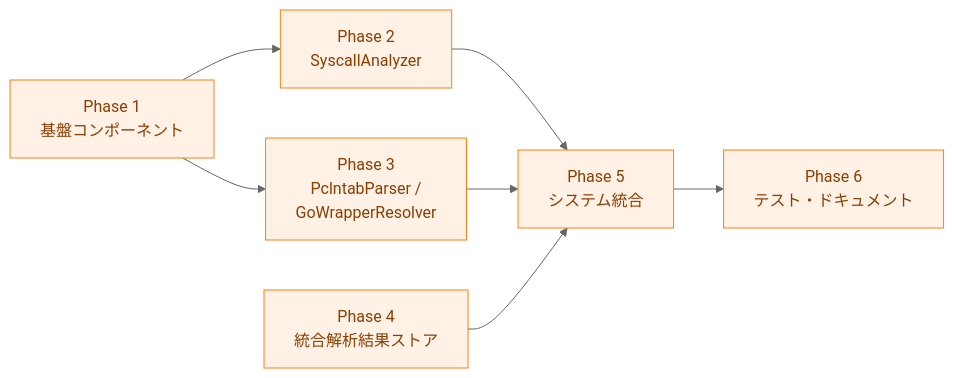
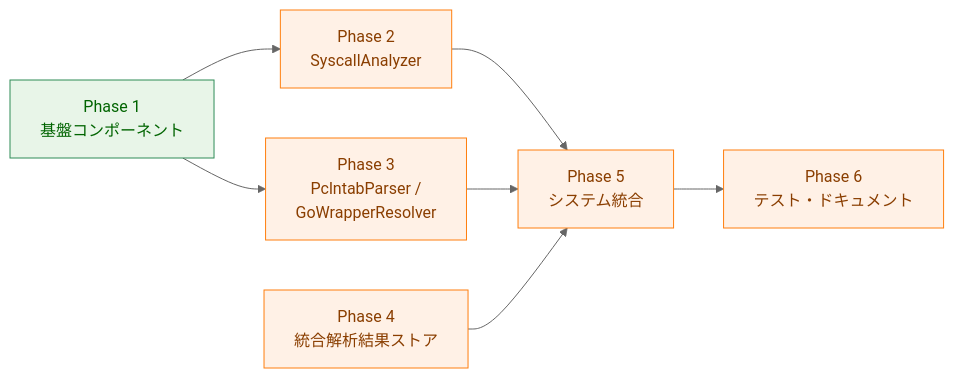
Before and after one commit to isseis/go-safe-cmd-runner: the diagram in docs/tasks/0070_elf_syscall_analysis/04_implementation_plan.md, drawn with Mermaid (neutral theme). The commit also changed other lines of this file and 8 other files, not shown here.

````diff
--- a/docs/tasks/0070_elf_syscall_analysis/04_implementation_plan.md
+++ b/docs/tasks/0070_elf_syscall_analysis/04_implementation_plan.md
@@ -10,21 +10,22 @@
 ```mermaid
 flowchart LR
     classDef done fill:#e8f5e8,stroke:#2e8b57,stroke-width:1px,color:#006400
     classDef todo fill:#fff1e6,stroke:#ff7f0e,stroke-width:1px,color:#8a3e00
 
     P1["Phase 1<br>基盤コンポーネント"]
     P2["Phase 2<br>SyscallAnalyzer"]
     P3["Phase 3<br>PclntabParser /<br>GoWrapperResolver"]
     P4["Phase 4<br>統合解析結果ストア"]
     P5["Phase 5<br>システム統合"]
     P6["Phase 6<br>テスト・ドキュメント"]
 
     P1 --> P2
     P1 --> P3
     P2 --> P5
     P3 --> P5
     P4 --> P5
     P5 --> P6
 
-    class P1,P2,P3,P4,P5,P6 todo
+    class P1 done
+    class P2,P3,P4,P5,P6 todo
 ```
````
